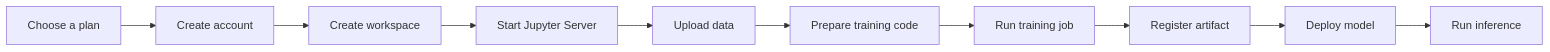
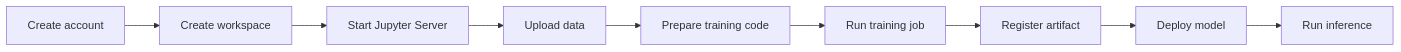
One commit to AnnaSemenec/neurostack-docs changed the diagram in DOCS/getting_started/index.md. Above: the diagram before and after it, drawn with Mermaid. The commit also changed other lines of this file and 10 other files, not shown here.

````diff
--- a/DOCS/getting_started/index.md
+++ b/DOCS/getting_started/index.md
@@ -19,12 +19,13 @@
 ```mermaid
 graph LR
-    A[Choose a plan] --> B[Create account]
-    B --> C[Create workspace]
-    C --> D[Start Jupyter Server]
-    D --> E[Upload data]
-    E --> F[Prepare training code]
-    F --> G[Run training job]
-    G --> H[Register artifact]
-    H --> I[Deploy model]
-    I --> J[Run inference]
+    A[Create account] --> B[Create workspace]
+    B --> C[Start Jupyter Server]
+    C --> D[Upload data]
+    D --> E[Prepare training code]
+    E --> F[Run training job]
+    F --> G[Register artifact]
+    G --> H[Deploy model]
+    H --> I[Run inference]
+
+    click A "./create-account.md"
 ```
````
